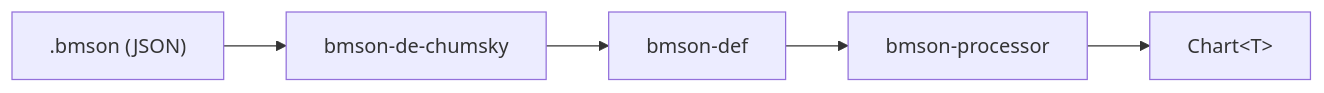
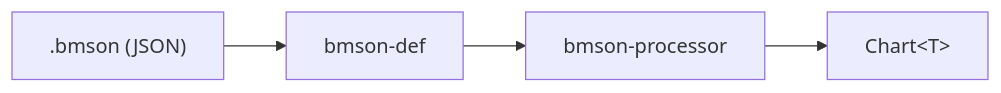
One commit to brightmeows/bmsrs changed the diagram in bmson/AGENTS.md. Above: the diagram before and after it, drawn with Mermaid. The commit also changed other lines of this file and 20 other files, not shown here.

First line of the commit message:
refactor(bmson)!: 将 bmson-de-chumsky 合并为 bmson-def 的示例，不再作为独立 crate 导出

````diff
--- a/bmson/AGENTS.md
+++ b/bmson/AGENTS.md
@@ -11,7 +11,6 @@
 ```mermaid
 flowchart LR
-    JSON[".bmson (JSON)"] --> DeChumsky[bmson-de-chumsky]
-    DeChumsky --> Def[bmson-def]
+    JSON[".bmson (JSON)"] --> Def[bmson-def]
     Def --> Proc[bmson-processor]
     Proc --> Chart["Chart&lt;T&gt;"]
 ```
````
